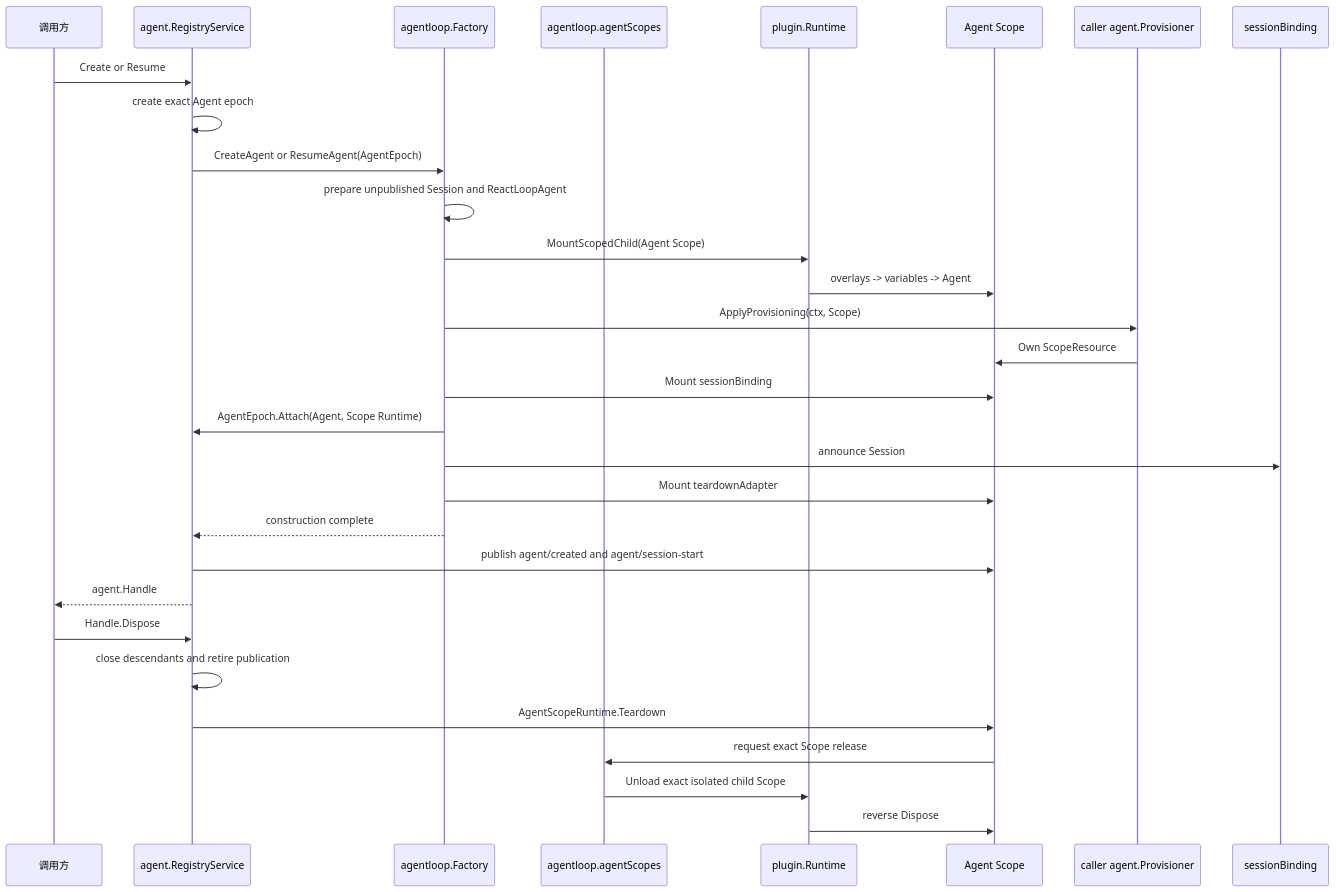
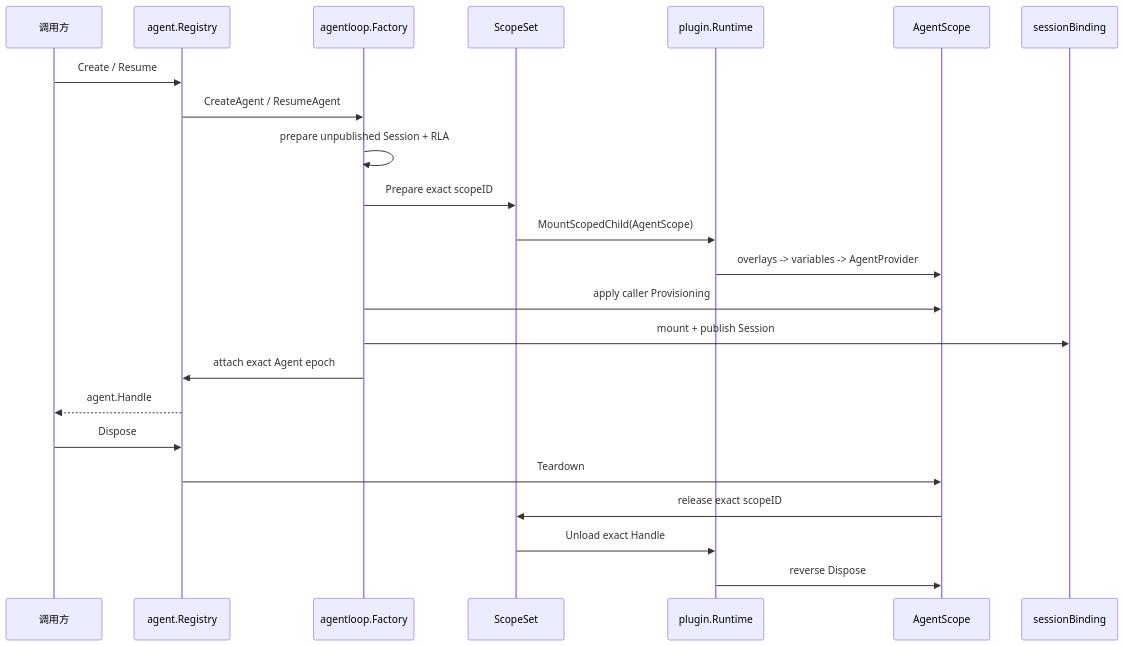
The second of 3 diagrams in agentloop/README.zh-CN.md (gorenx/goren), drawn with Mermaid before and after one commit. The commit also changed other lines of this file and 12 other files, not shown here.

````diff
--- a/agentloop/README.zh-CN.md
+++ b/agentloop/README.zh-CN.md
@@ -65,33 +62,26 @@
 ```mermaid
 sequenceDiagram
     participant Caller as 调用方
-    participant Registry as agent.RegistryService
+    participant Registry as agent.Registry
     participant Factory as agentloop.Factory
-    participant Scopes as agentloop.agentScopes
+    participant Scopes as ScopeSet
     participant Runtime as plugin.Runtime
-    participant Scope as Agent Scope
-    participant Provisioner as caller agent.Provisioner
-    participant SessionBinding as sessionBinding
+    participant Scope as AgentScope
+    participant Binding as sessionBinding
 
-    Caller->>Registry: Create or Resume
-    Registry->>Registry: create exact Agent epoch
-    Registry->>Factory: CreateAgent or ResumeAgent(AgentEpoch)
-    Factory->>Factory: prepare unpublished Session and ReactLoopAgent
-    Factory->>Runtime: MountScopedChild(Agent Scope)
-    Runtime->>Scope: overlays -> variables -> Agent
-    Factory->>Provisioner: ApplyProvisioning(ctx, Scope)
-    Provisioner->>Scope: Own ScopeResource
-    Factory->>Scope: Mount sessionBinding
-    Factory->>Registry: AgentEpoch.Attach(Agent, Scope Runtime)
-    Factory->>SessionBinding: announce Session
-    Factory->>Scope: Mount teardownAdapter
-    Factory-->>Registry: construction complete
-    Registry->>Scope: publish agent/created and agent/session-start
+    Caller->>Registry: Create / Resume
+    Registry->>Factory: CreateAgent / ResumeAgent
+    Factory->>Factory: prepare unpublished Session + RLA
+    Factory->>Scopes: Prepare exact scopeID
+    Scopes->>Runtime: MountScopedChild(AgentScope)
+    Runtime->>Scope: overlays -> variables -> AgentProvider
+    Factory->>Scope: apply caller Provisioning
+    Factory->>Binding: mount + publish Session
+    Factory->>Registry: attach exact Agent epoch
     Registry-->>Caller: agent.Handle
-    Caller->>Registry: Handle.Dispose
-    Registry->>Registry: close descendants and retire publication
-    Registry->>Scope: AgentScopeRuntime.Teardown
-    Scope->>Scopes: request exact Scope release
-    Scopes->>Runtime: Unload exact isolated child Scope
+    Caller->>Registry: Dispose
+    Registry->>Scope: Teardown
+    Scope->>Scopes: release exact scopeID
+    Scopes->>Runtime: Unload exact Handle
     Runtime->>Scope: reverse Dispose
 ```
````
